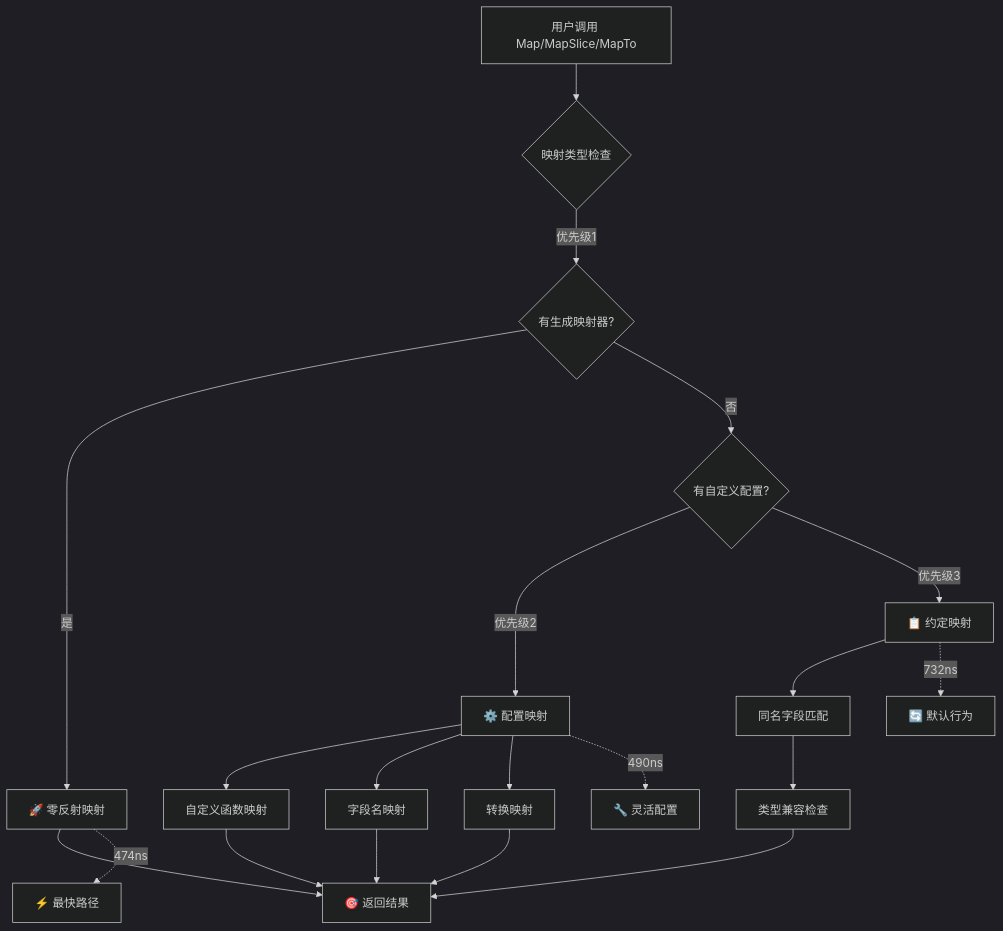
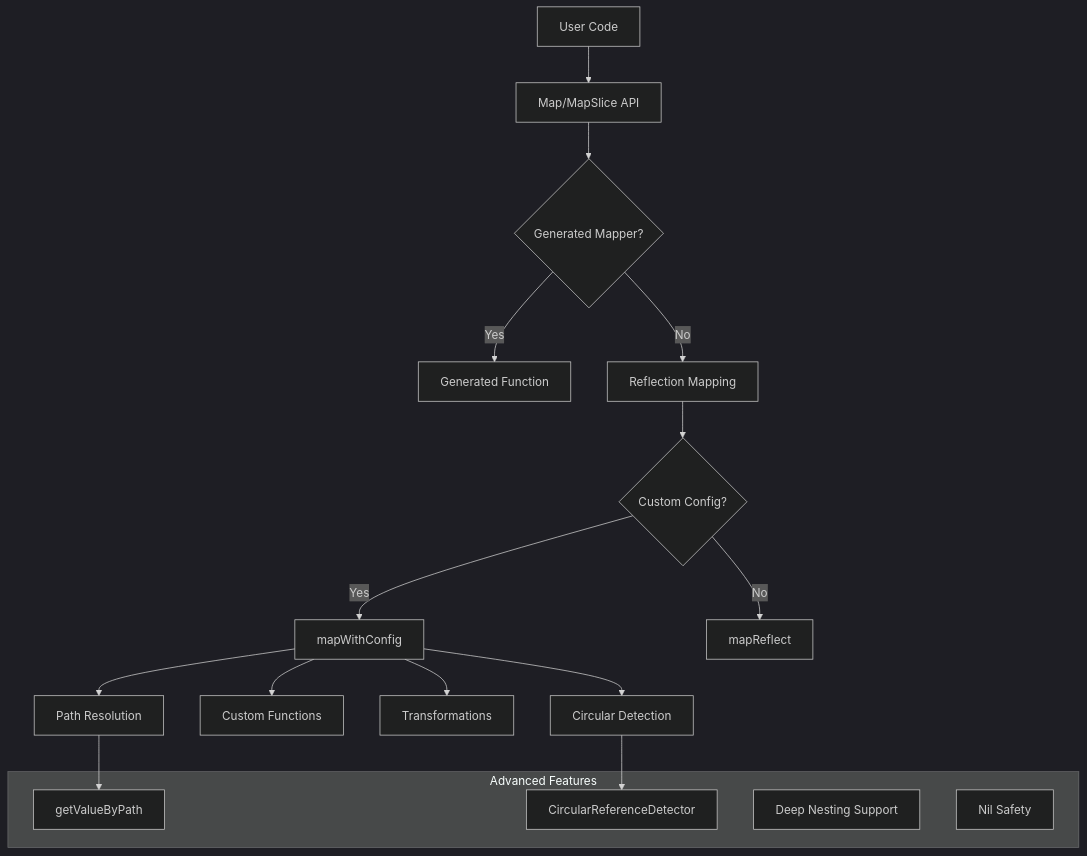
The first of 15 diagrams in PROJECT_SUMMARY.md (deferz/go-mapster), drawn with Mermaid (dark theme) before and after one commit. The commit also changed other lines of this file and 9 other files, not shown here.

First line of the commit message:
feat: Enhance mapping functionality with deep path resolution and circular reference handling

````diff
--- a/PROJECT_SUMMARY.md
+++ b/PROJECT_SUMMARY.md
@@ -11,28 +49,25 @@
 ```mermaid
 graph TB
-    UserCall[用户调用 Map/MapSlice/MapTo] --> TypeCheck{映射类型检查}
-    TypeCheck -->|优先级1| GeneratedMapperCheck{有生成映射器?}
-    GeneratedMapperCheck -->|是| ZeroReflectionMapping[🚀 零反射映射]
-    GeneratedMapperCheck -->|否| ConfigCheck{有自定义配置?}
+    A[User Code] --> B[Map/MapSlice API]
+    B --> C{Generated Mapper?}
+    C -->|Yes| D[Generated Function]
+    C -->|No| E[Reflection Mapping]
+    E --> F{Custom Config?}
+    F -->|Yes| G[mapWithConfig]
+    F -->|No| H[mapReflect]
     
-    ConfigCheck -->|优先级2| CustomConfigMapping[⚙️ 配置映射]
-    ConfigCheck -->|优先级3| ConventionMapping[📋 约定映射]
+    G --> I[Path Resolution]
+    G --> J[Custom Functions]
+    G --> K[Transformations]
+    G --> L[Circular Detection]
     
-    CustomConfigMapping --> CustomFuncMapping[自定义函数映射]
-    CustomConfigMapping --> FieldNameMapping[字段名映射]
-    CustomConfigMapping --> TransformMapping[转换映射]
+    I --> M[getValueByPath]
+    L --> N[CircularReferenceDetector]
     
-    ConventionMapping --> SameNameFieldMatching[同名字段匹配]
-    SameNameFieldMatching --> TypeCompatibilityCheck[类型兼容检查]
-    
-    ZeroReflectionMapping --> ReturnResult[🎯 返回结果]
-    CustomFuncMapping --> ReturnResult
-    FieldNameMapping --> ReturnResult
-    TransformMapping --> ReturnResult
-    TypeCompatibilityCheck --> ReturnResult
-    
-    %% 性能标注
-    ZeroReflectionMapping -.->|474ns| PerformanceNote1[⚡ 最快路径]
-    CustomConfigMapping -.->|490ns| PerformanceNote2[🔧 灵活配置]
-    ConventionMapping -.->|732ns| PerformanceNote3[🔄 默认行为]
+    subgraph "Advanced Features"
+        M
+        N
+        O[Deep Nesting Support]
+        P[Nil Safety]
+    end
 ```
````
